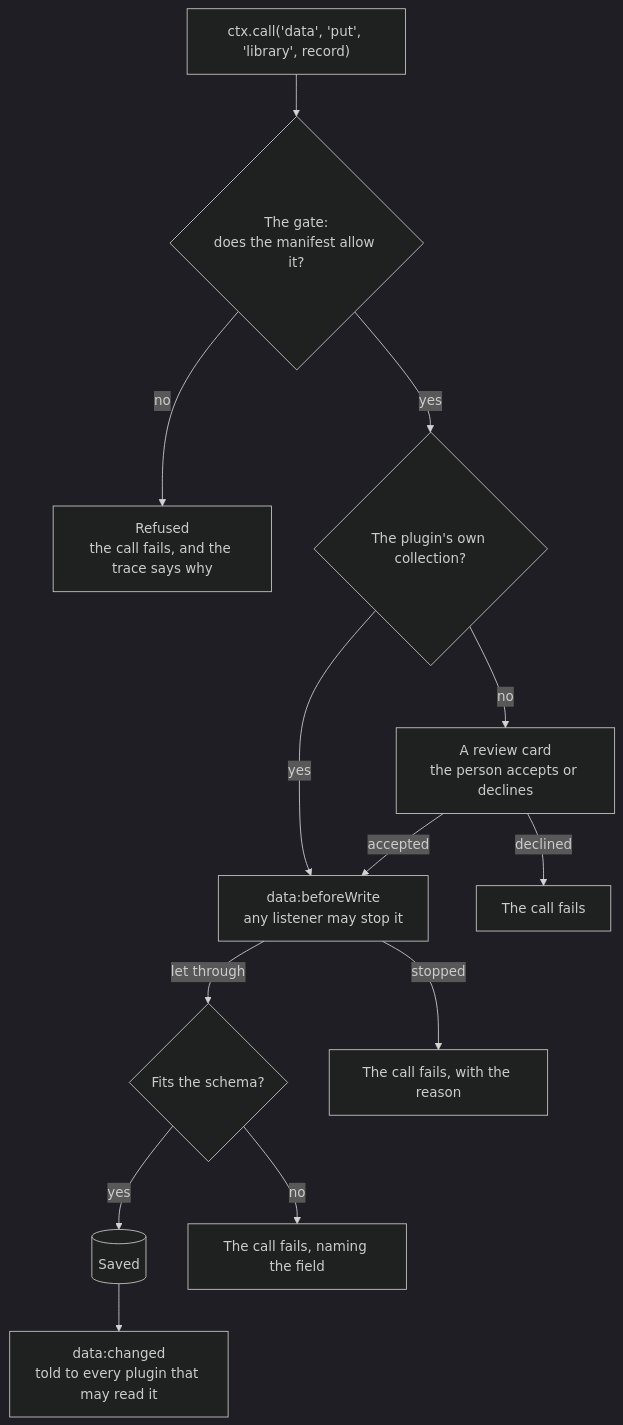
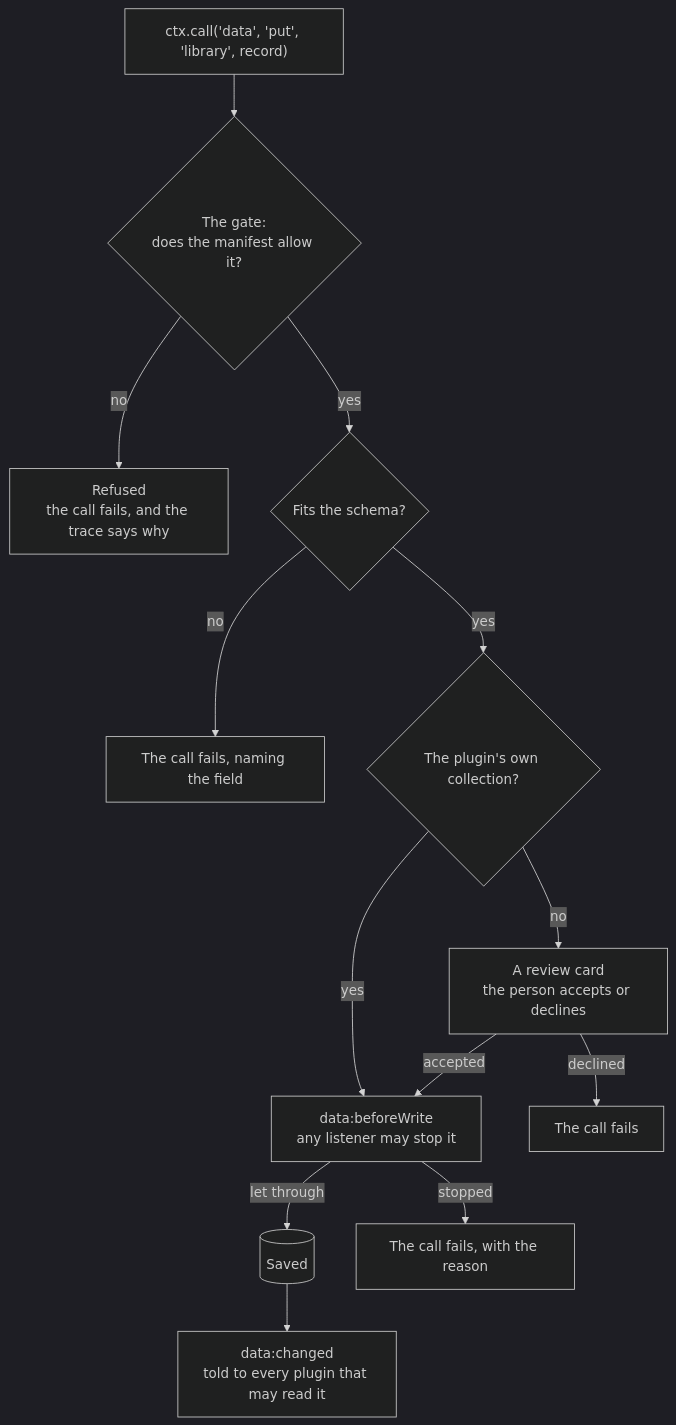
Before and after one commit to PaulKinlan/ExtensibleWebApps: the third of 3 diagrams in docs/architecture.md, drawn with Mermaid (dark theme). The commit also changed other lines of this file and 1 other file, not shown here.

Commit message:
Docs: the schema is checked before the review card, as records.ts does
Claude-Session: https://claude.ai/code/session_019vqCg55cwkD4xX3eQJ1sDo

````diff
--- a/docs/architecture.md
+++ b/docs/architecture.md
@@ -65,15 +65,15 @@
 ```mermaid
 flowchart TB
     Call["ctx.call('data', 'put', 'library', record)"] --> Gate{"The gate:<br/>does the manifest allow it?"}
     Gate -->|no| Refused["Refused<br/>the call fails, and the trace says why"]
-    Gate -->|yes| Own{"The plugin's own collection?"}
+    Gate -->|yes| Schema{"Fits the schema?"}
+    Schema -->|no| Invalid["The call fails, naming the field"]
+    Schema -->|yes| Own{"The plugin's own collection?"}
     Own -->|yes| Hook
     Own -->|no| Review["A review card<br/>the person accepts or declines"]
     Review -->|accepted| Hook["data:beforeWrite<br/>any listener may stop it"]
     Review -->|declined| Declined["The call fails"]
-    Hook -->|let through| Schema{"Fits the schema?"}
+    Hook -->|let through| Save[("Saved")]
     Hook -->|stopped| Blocked["The call fails, with the reason"]
-    Schema -->|yes| Save[("Saved")]
-    Schema -->|no| Invalid["The call fails, naming the field"]
     Save --> Changed["data:changed<br/>told to every plugin that may read it"]
 ```
````
